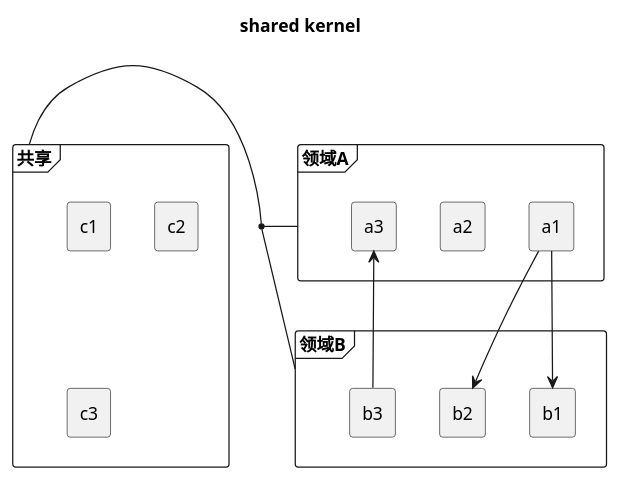
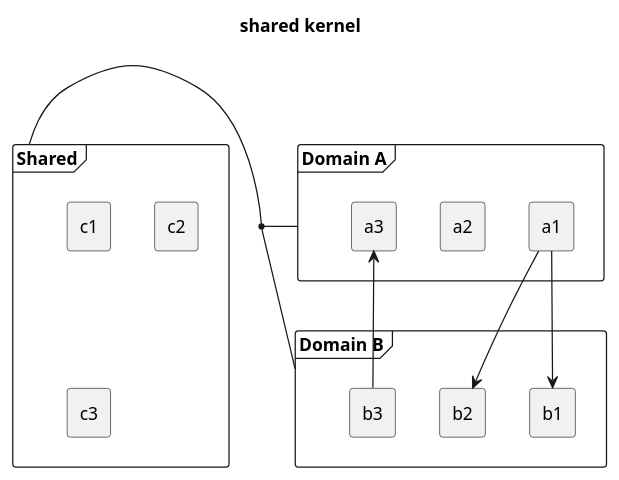
One commit to lindezhong/nvim-config changed diagram 14 of 19 in snippets/ddd.md. Above: the diagram before and after it, drawn with PlantUML. The commit also changed other lines of this file and 17 other files, not shown here.

````diff
--- a/snippets/ddd.md
+++ b/snippets/ddd.md
@@ -1209,31 +1518,31 @@
 ```plantuml
 @startuml
 allowmixing
 title shared kernel
 
-frame 领域A {
-    rectangle a1 
-    rectangle a2 
-    rectangle a3 
+frame "Domain A" as domA {
+    rectangle a1
+    rectangle a2
+    rectangle a3
 }
-frame 领域B {
-    rectangle b1 
-    rectangle b2 
-    rectangle b3 
+frame "Domain B" as domB {
+    rectangle b1
+    rectangle b2
+    rectangle b3
 
 }
-frame 共享 {
-    rectangle c1 
-    rectangle c2 
-    rectangle c3 
+frame Shared as shared {
+    rectangle c1
+    rectangle c2
+    rectangle c3
 }
 
-共享 -- (领域A,领域B) 
+shared -- (domA,domB)
 
 a1 --> b1
 a1 --> b2
 b3 --> a3
 
 
 @enduml
 ```
````
